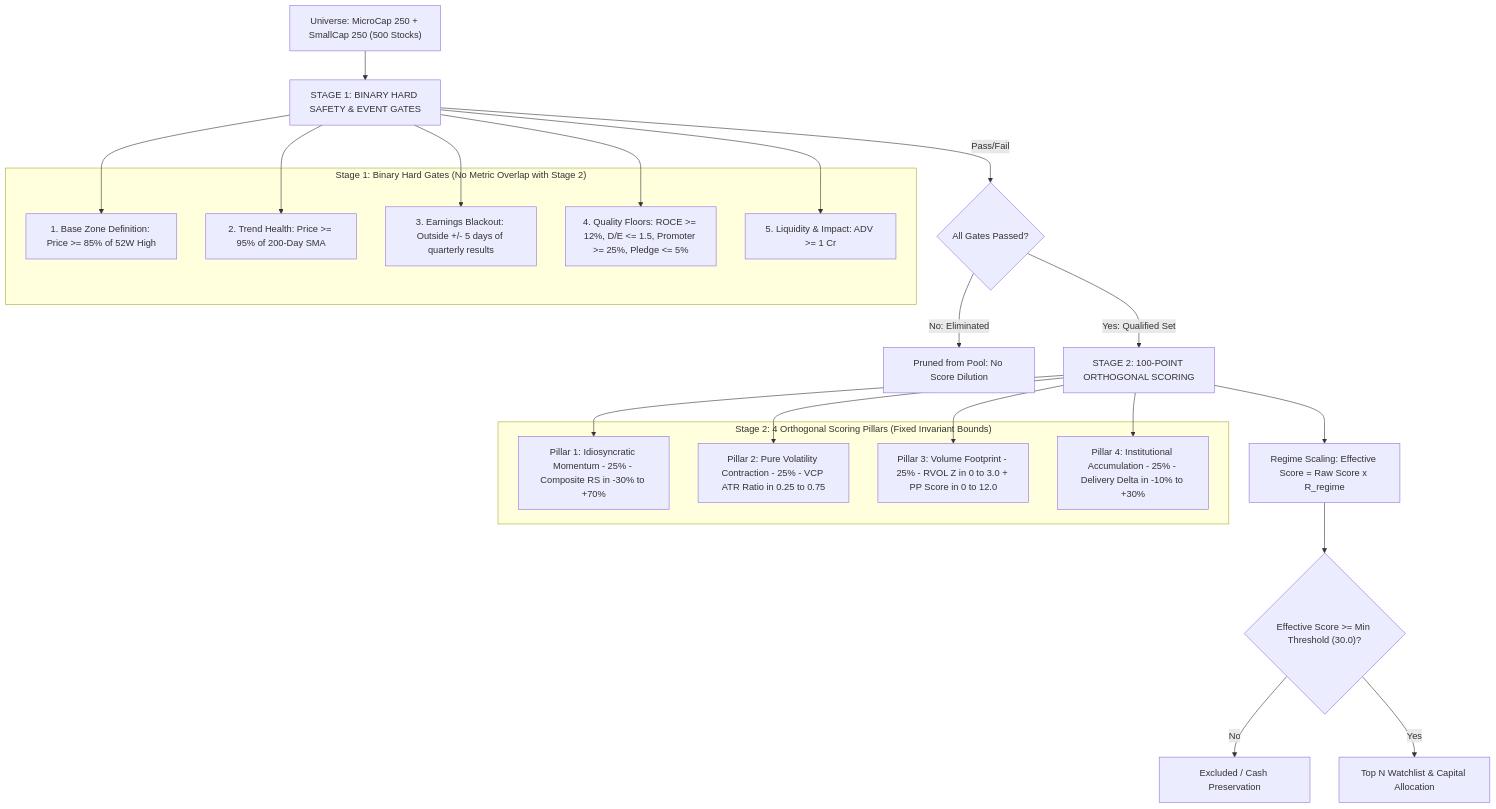
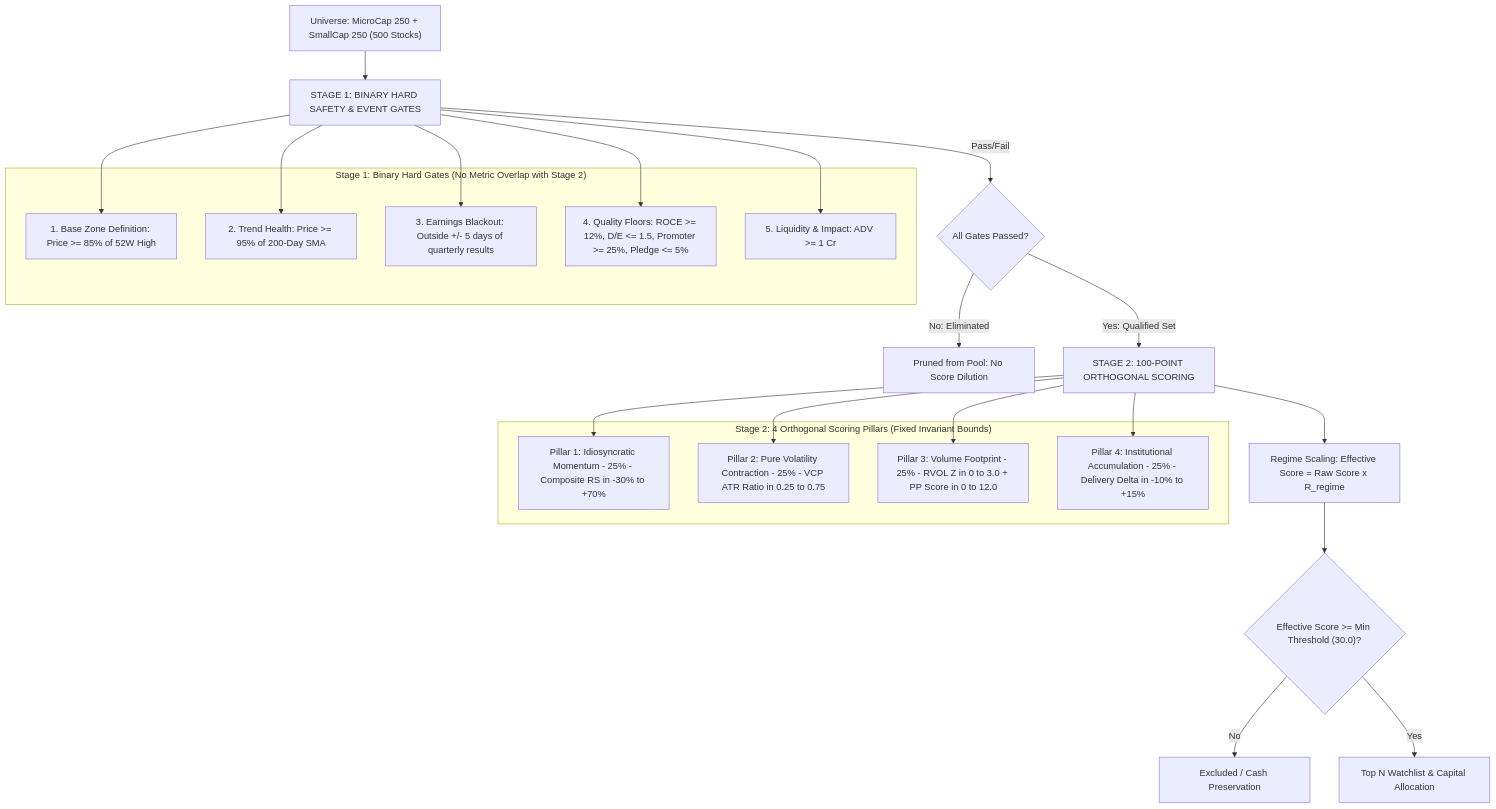
The first of 2 diagrams in docs/earlyMB.md (raghavkgarg/mycase), drawn with Mermaid before and after one commit. The commit also changed other lines of this file and 14 other files, not shown here.

````diff
--- a/docs/earlyMB.md
+++ b/docs/earlyMB.md
@@ -14,37 +14,37 @@
 ```mermaid
 graph TD
     A["Universe: MicroCap 250 + SmallCap 250 (500 Stocks)"] --> B["STAGE 1: BINARY HARD SAFETY & EVENT GATES"]
     B -->|Pass/Fail| C{"All Gates Passed?"}
     C -->|No: Eliminated| D["Pruned from Pool: No Score Dilution"]
     C -->|Yes: Qualified Set| E["STAGE 2: 100-POINT ORTHOGONAL SCORING"]
     E --> F["Regime Scaling: Effective Score = Raw Score x R_regime"]
     F --> G{"Effective Score >= Min Threshold (30.0)?"}
     G -->|No| H["Excluded / Cash Preservation"]
     G -->|Yes| I["Top N Watchlist & Capital Allocation"]
 
     subgraph "Stage 1: Binary Hard Gates (No Metric Overlap with Stage 2)"
     B1["1. Base Zone Definition: Price >= 85% of 52W High"]
     B2["2. Trend Health: Price >= 95% of 200-Day SMA"]
     B3["3. Earnings Blackout: Outside +/- 5 days of quarterly results"]
     B4["4. Quality Floors: ROCE >= 12%, D/E <= 1.5, Promoter >= 25%, Pledge <= 5%"]
     B5["5. Liquidity & Impact: ADV >= 1 Cr"]
     end
 
     subgraph "Stage 2: 4 Orthogonal Scoring Pillars (Fixed Invariant Bounds)"
     E1["Pillar 1: Idiosyncratic Momentum - 25% - Composite RS in -30% to +70%"]
     E2["Pillar 2: Pure Volatility Contraction - 25% - VCP ATR Ratio in 0.25 to 0.75"]
     E3["Pillar 3: Volume Footprint - 25% - RVOL Z in 0 to 3.0 + PP Score in 0 to 12.0"]
-    E4["Pillar 4: Institutional Accumulation - 25% - Delivery Delta in -10% to +30%"]
+    E4["Pillar 4: Institutional Accumulation - 25% - Delivery Delta in -10% to +15%"]
     end
 
     B --> B1
     B --> B2
     B --> B3
     B --> B4
     B --> B5
 
     E --> E1
     E --> E2
     E --> E3
     E --> E4
 ```
````
